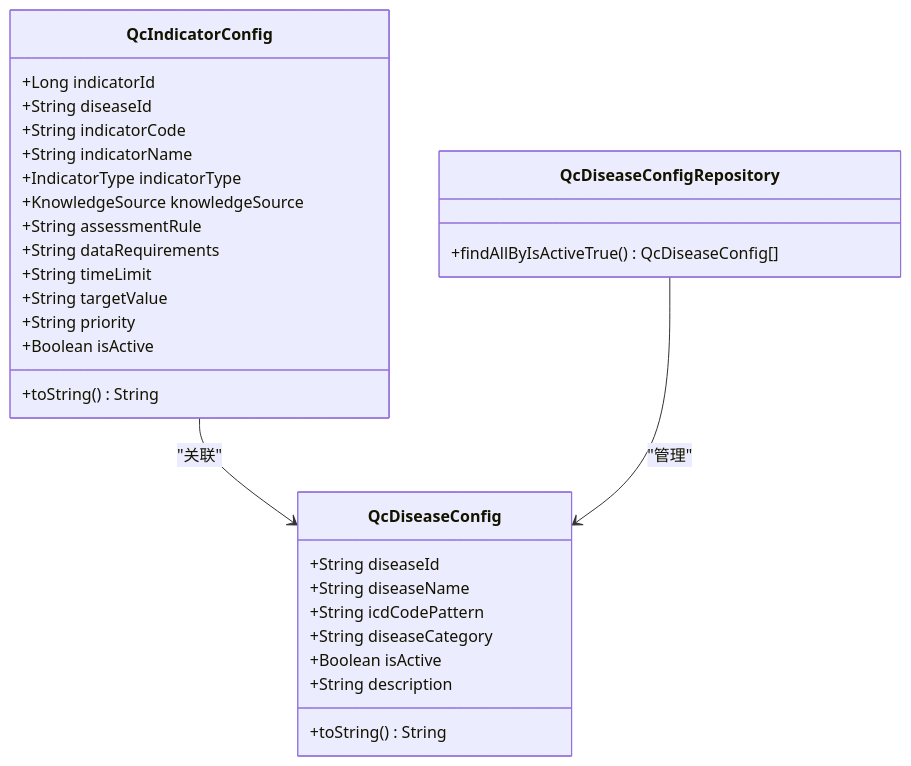
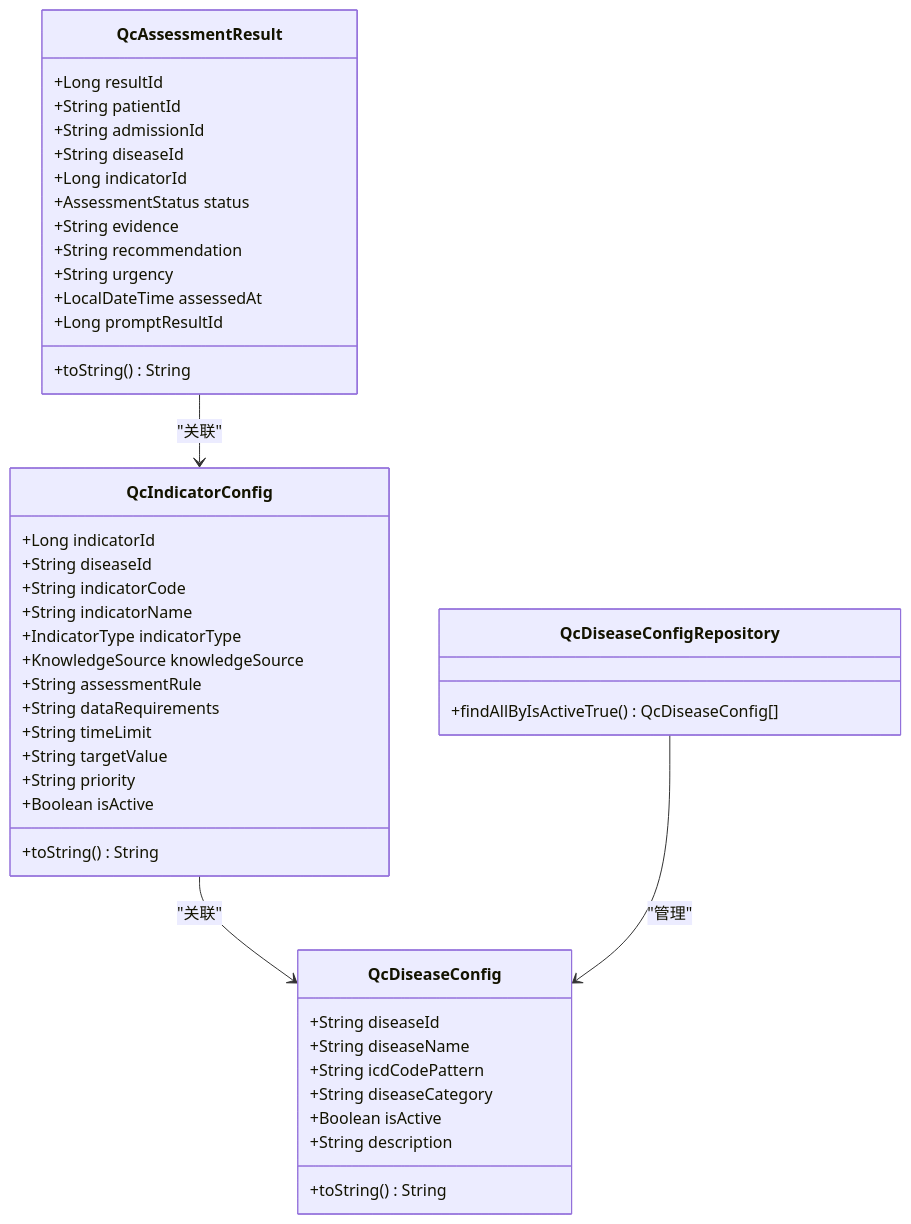
The third of 17 diagrams in .qoder/repowiki/zh/content/核心功能模块/质量控制系统.md (liuzh2008/med_ai_assistant_workspace), drawn with Mermaid before and after one commit. The commit also changed other lines of this file and 4 other files, not shown here.

````diff
--- a/.qoder/repowiki/zh/content/核心功能模块/质量控制系统.md
+++ b/.qoder/repowiki/zh/content/核心功能模块/质量控制系统.md
@@ -200,32 +218,47 @@
 ```mermaid
 classDiagram
 class QcDiseaseConfig {
 +String diseaseId
 +String diseaseName
 +String icdCodePattern
 +String diseaseCategory
 +Boolean isActive
 +String description
 +toString() String
 }
 class QcIndicatorConfig {
 +Long indicatorId
 +String diseaseId
 +String indicatorCode
 +String indicatorName
 +IndicatorType indicatorType
 +KnowledgeSource knowledgeSource
 +String assessmentRule
 +String dataRequirements
 +String timeLimit
 +String targetValue
 +String priority
 +Boolean isActive
 +toString() String
 }
+class QcAssessmentResult {
++Long resultId
++String patientId
++String admissionId
++String diseaseId
++Long indicatorId
++AssessmentStatus status
++String evidence
++String recommendation
++String urgency
++LocalDateTime assessedAt
++Long promptResultId
++toString() String
+}
 class QcDiseaseConfigRepository {
 +findAllByIsActiveTrue() QcDiseaseConfig[]
 }
 QcIndicatorConfig --> QcDiseaseConfig : "关联"
+QcAssessmentResult --> QcIndicatorConfig : "关联"
 QcDiseaseConfigRepository --> QcDiseaseConfig : "管理"
 ```
````
